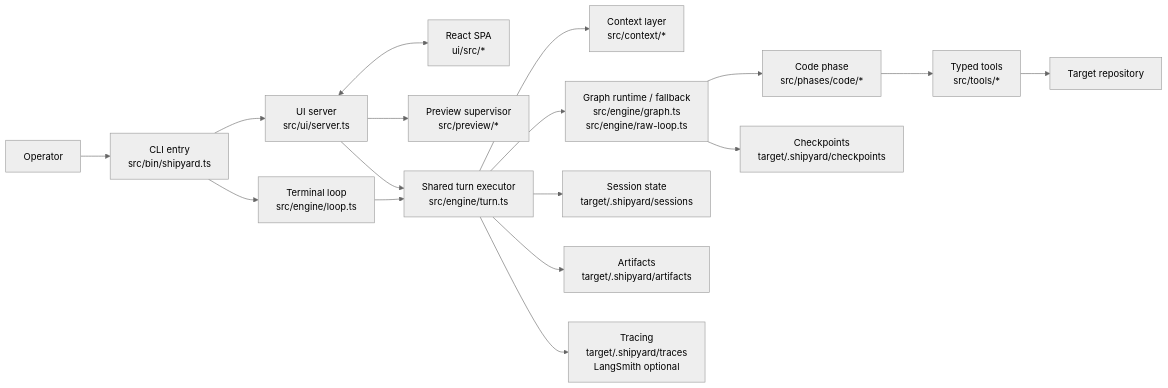
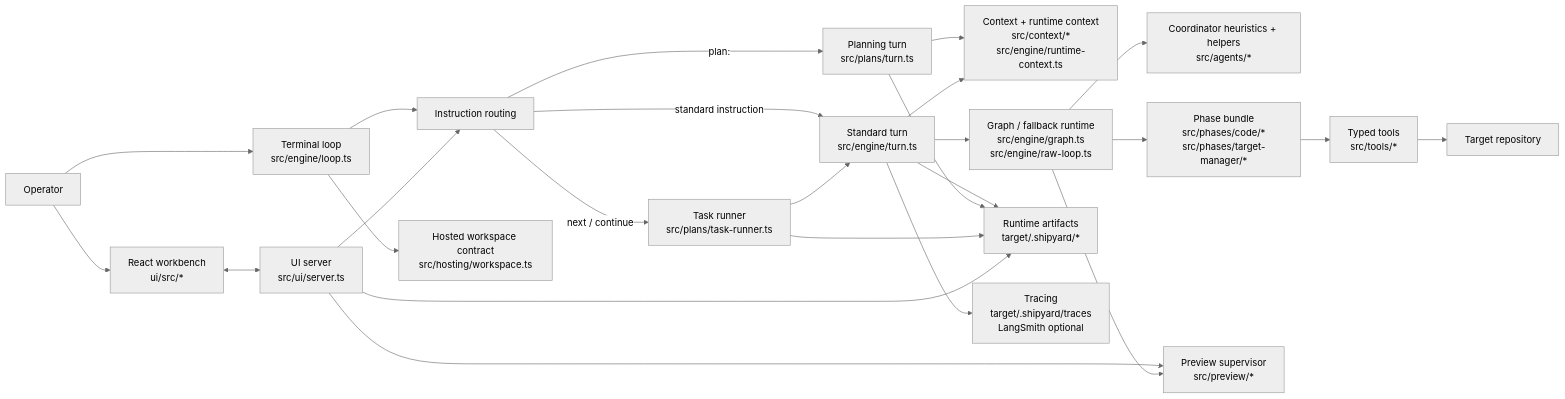
One commit to thisisyoussef/shipyard changed the first of 4 diagrams in shipyard/docs/architecture/README.md. Above: the diagram before and after it, drawn with Mermaid (neutral theme). The commit also changed other lines of this file and 21 other files, not shown here.

First line of the commit message:
docs: refresh runtime architecture guides

````diff
--- a/shipyard/docs/architecture/README.md
+++ b/shipyard/docs/architecture/README.md
@@ -22,36 +25,46 @@
 ```mermaid
 flowchart LR
-  User["Operator"]
-  CLI["CLI entry<br/>src/bin/shipyard.ts"]
-  Loop["Terminal loop<br/>src/engine/loop.ts"]
+  Operator["Operator"]
+  CLI["Terminal loop<br/>src/engine/loop.ts"]
   UiServer["UI server<br/>src/ui/server.ts"]
-  Spa["React SPA<br/>ui/src/*"]
+  Spa["React workbench<br/>ui/src/*"]
+  Route["Instruction routing"]
+  PlanTurn["Planning turn<br/>src/plans/turn.ts"]
+  TaskRunner["Task runner<br/>src/plans/task-runner.ts"]
+  Turn["Standard turn<br/>src/engine/turn.ts"]
+  Context["Context + runtime context<br/>src/context/*<br/>src/engine/runtime-context.ts"]
+  Graph["Graph / fallback runtime<br/>src/engine/graph.ts<br/>src/engine/raw-loop.ts"]
+  Agents["Coordinator heuristics + helpers<br/>src/agents/*"]
+  Phase["Phase bundle<br/>src/phases/code/*<br/>src/phases/target-manager/*"]
+  Tools["Typed tools<br/>src/tools/*"]
   Preview["Preview supervisor<br/>src/preview/*"]
-  Turn["Shared turn executor<br/>src/engine/turn.ts"]
-  Context["Context layer<br/>src/context/*"]
-  Graph["Graph runtime / fallback<br/>src/engine/graph.ts<br/>src/engine/raw-loop.ts"]
-  Phase["Code phase<br/>src/phases/code/*"]
-  Tools["Typed tools<br/>src/tools/*"]
+  Hosting["Hosted workspace contract<br/>src/hosting/workspace.ts"]
   Target["Target repository"]
-  Session["Session state<br/>target/.shipyard/sessions"]
-  Checkpoints["Checkpoints<br/>target/.shipyard/checkpoints"]
-  Artifacts["Artifacts<br/>target/.shipyard/artifacts"]
-  Traces["Tracing<br/>target/.shipyard/traces<br/>LangSmith optional"]
+  RuntimeState["Runtime artifacts<br/>target/.shipyard/*"]
+  Trace["Tracing<br/>target/.shipyard/traces<br/>LangSmith optional"]
 
-  User --> CLI
-  CLI --> Loop
-  CLI --> UiServer
-  UiServer <--> Spa
+  Operator --> CLI
+  Operator --> Spa
+  Spa <--> UiServer
+  CLI --> Route
+  UiServer --> Route
   UiServer --> Preview
-  Loop --> Turn
-  UiServer --> Turn
+  CLI --> Hosting
+  Route -->|plan:| PlanTurn
+  Route -->|next / continue| TaskRunner
+  Route -->|standard instruction| Turn
+  TaskRunner --> Turn
+  PlanTurn --> Context
   Turn --> Context
   Turn --> Graph
+  Graph --> Agents
   Graph --> Phase
   Phase --> Tools
   Tools --> Target
-  Turn --> Session
-  Turn --> Artifacts
-  Graph --> Checkpoints
-  Turn --> Traces
+  Turn --> RuntimeState
+  PlanTurn --> RuntimeState
+  TaskRunner --> RuntimeState
+  Graph --> Preview
+  Turn --> Trace
+  UiServer --> RuntimeState
 ```
````
